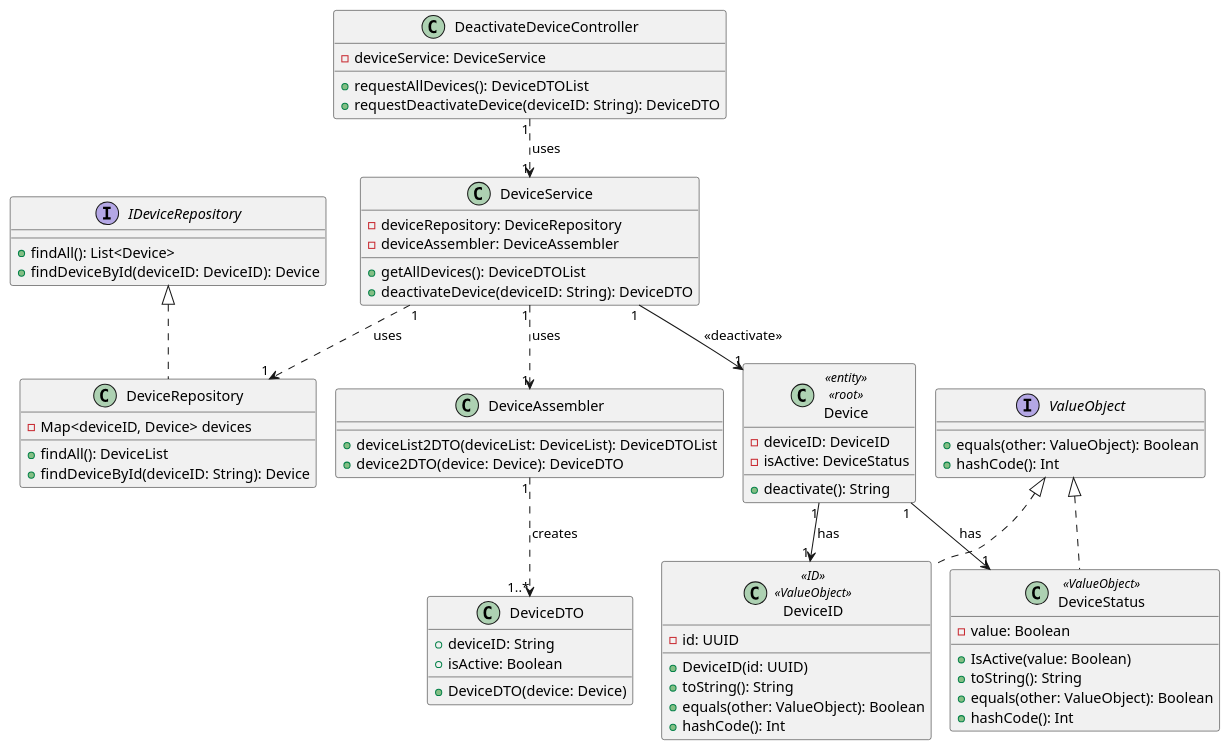
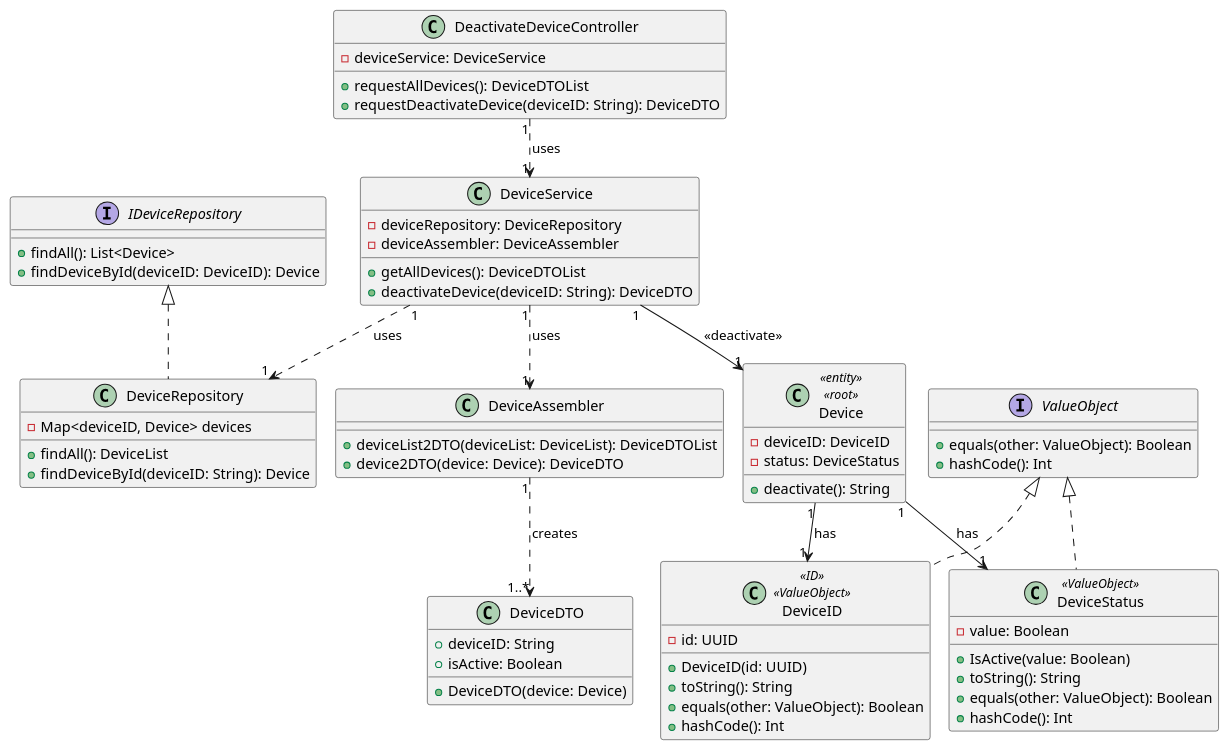
One commit to olivDiogo/SmartHome changed the diagram in docs/ood/classDiagram/US08DeactivateDevice.puml. Above: the diagram before and after it, drawn with PlantUML.

Commit message:
Update: change name from isActive to Status in US08 device Class, addresses #110

```diff
--- a/docs/ood/classDiagram/US08DeactivateDevice.puml
+++ b/docs/ood/classDiagram/US08DeactivateDevice.puml
@@ -1,78 +1,78 @@
 @startuml
 'https://plantuml.com/class-diagram
 
 !pragma layout smetana
 !pragma scale 100 width
 !pragma useVerticalIfPossible
 
 class DeactivateDeviceController {
     -deviceService: DeviceService
     +requestAllDevices(): DeviceDTOList
     +requestDeactivateDevice(deviceID: String): DeviceDTO
 }
 
 class DeviceService {
     -deviceRepository: DeviceRepository
     -deviceAssembler: DeviceAssembler
     +getAllDevices(): DeviceDTOList
     +deactivateDevice(deviceID: String): DeviceDTO
 }
 
 class DeviceRepository implements IDeviceRepository {
     -Map<deviceID, Device> devices
     +findAll(): DeviceList
     +findDeviceById(deviceID: String): Device
 }
 
 interface IDeviceRepository {
     +findAll(): List<Device>
     +findDeviceById(deviceID: DeviceID): Device
 }
 
 class DeviceAssembler {
     +deviceList2DTO(deviceList: DeviceList): DeviceDTOList
     +device2DTO(device: Device): DeviceDTO
 }
 
 
 class DeviceDTO {
     +deviceID: String
     +isActive: Boolean
     +DeviceDTO(device: Device)
 }
 
 class Device<<entity>><<root>> {
     -deviceID: DeviceID
-    -isActive: DeviceStatus
+    -status: DeviceStatus
     +deactivate(): String
 }
 
 class DeviceStatus<<ValueObject>> implements ValueObject{
     -value: Boolean
     +IsActive(value: Boolean)
     +toString(): String
     +equals(other: ValueObject): Boolean
     +hashCode(): Int
 }
 
 class DeviceID<<ID>><<ValueObject>> implements ValueObject{
     -id: UUID
     +DeviceID(id: UUID)
     +toString(): String
     +equals(other: ValueObject): Boolean
     +hashCode(): Int
 }
 
 interface ValueObject {
     +equals(other: ValueObject): Boolean
     +hashCode(): Int
 }
 
 DeactivateDeviceController "1" ..> "1" DeviceService: uses >
 DeviceService "1" ..> "1" DeviceRepository: uses >
 DeviceService "1" ..> "1" DeviceAssembler: uses >
 DeviceAssembler "1" ..> "1..*" DeviceDTO: creates >
 DeviceService "1" --> "1" Device: <<deactivate>>
 Device "1" --> "1" DeviceID: has >
 Device "1" --> "1" DeviceStatus: has >
 @enduml
```
